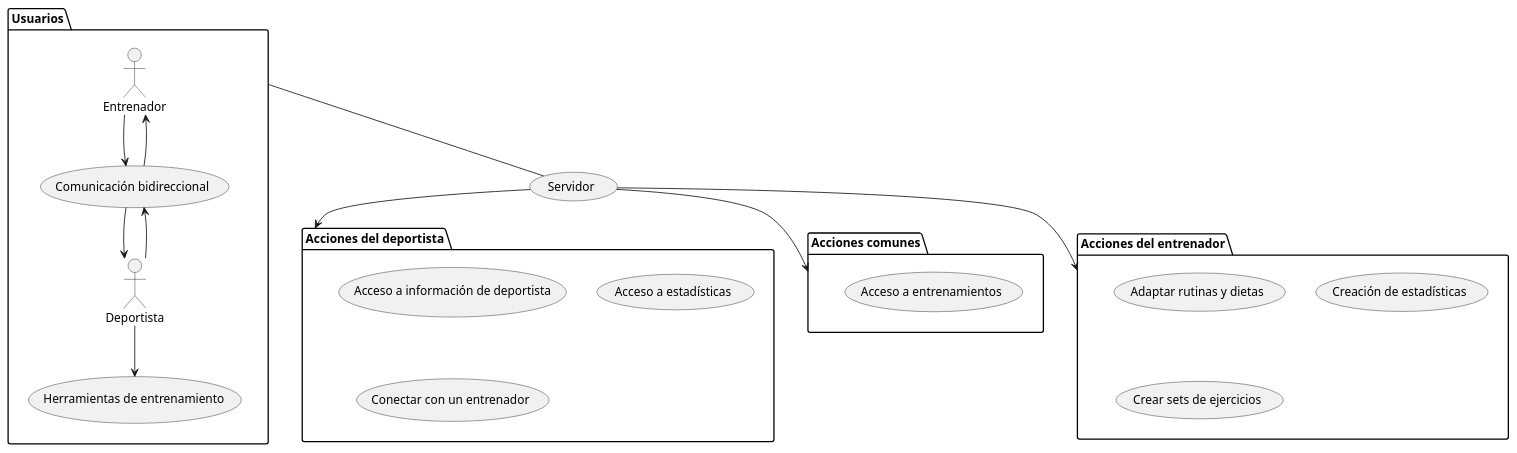
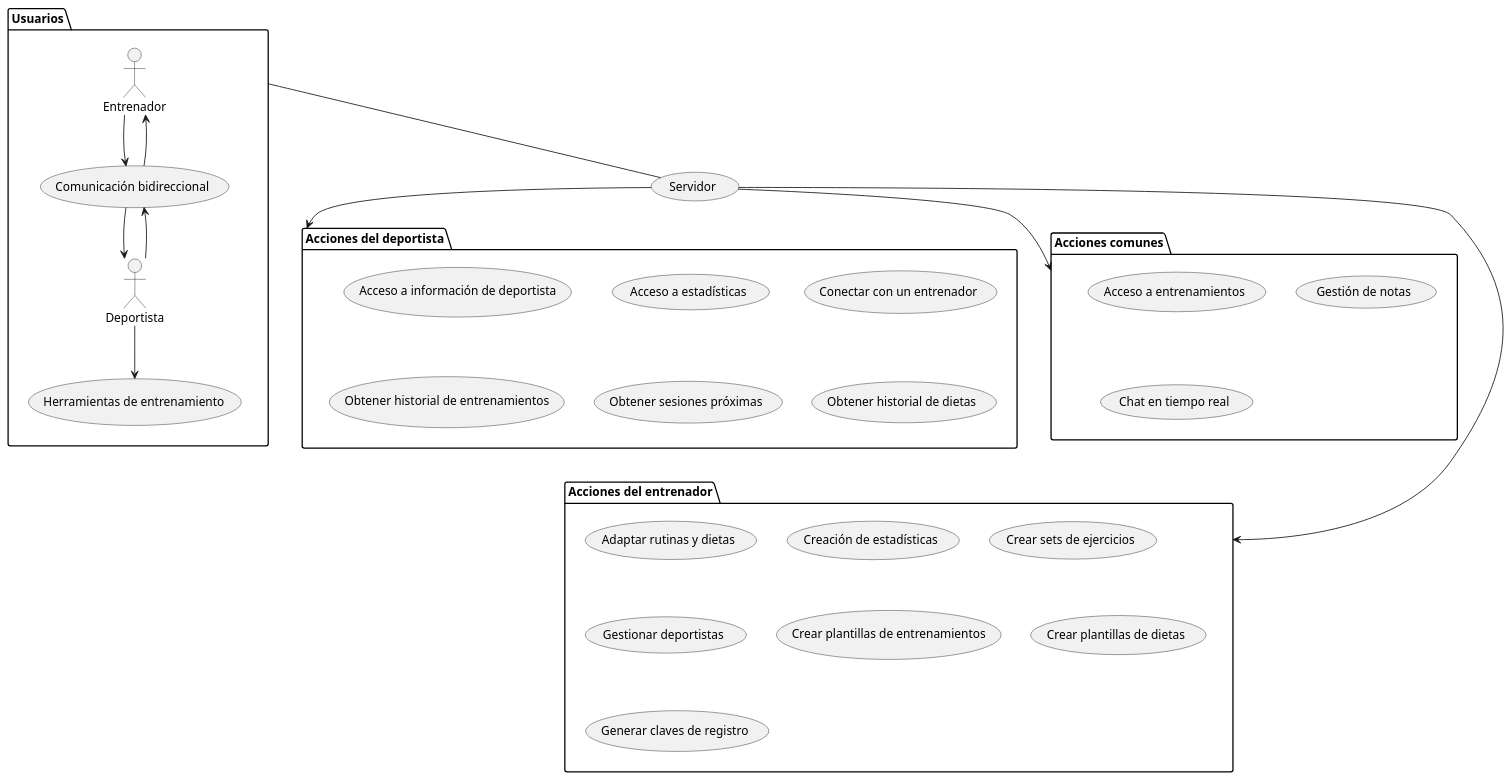
Before and after one commit to GasparKral/Fit-me: the first of 8 diagrams in Writerside/topics/topics/Diagramas-UML.md, drawn with PlantUML. The commit also changed other lines of this file and 54 other files, not shown here.

```diff
--- a/Writerside/topics/topics/Diagramas-UML.md
+++ b/Writerside/topics/topics/Diagramas-UML.md
@@ -6,39 +6,48 @@
     @startuml
 
         package Usuarios {
             :Entrenador: as e
             :Deportista: as d
 
             (Comunicación bidireccional) as cb
                 d --> cb
                 e --> cb
                 cb --> d
                 cb --> e
 
             d --> (Herramientas de entrenamiento)
         }
 
         (Servidor) as se
             Usuarios -- se
 
         package "Acciones del deportista" {
             usecase "Acceso a información de deportista" 
             usecase "Acceso a estadísticas"  
             usecase "Conectar con un entrenador" 
+            usecase "Obtener historial de entrenamientos"
+            usecase "Obtener sesiones próximas"
+            usecase "Obtener historial de dietas"
         }
 
         package "Acciones comunes" {
             usecase "Acceso a entrenamientos"
+            usecase "Gestión de notas"
+            usecase "Chat en tiempo real"
         }
 
         package "Acciones del entrenador" {
             usecase "Adaptar rutinas y dietas" 
             usecase "Creación de estadísticas" 
-            usecase "Crear sets de ejercicios" 
+            usecase "Crear sets de ejercicios"
+            usecase "Gestionar deportistas"
+            usecase "Crear plantillas de entrenamientos"
+            usecase "Crear plantillas de dietas"
+            usecase "Generar claves de registro"
         }
 
         se -->  "Acciones del deportista"
         se -->  "Acciones comunes"
         se --> "Acciones del entrenador"
 
     @enduml 
```
